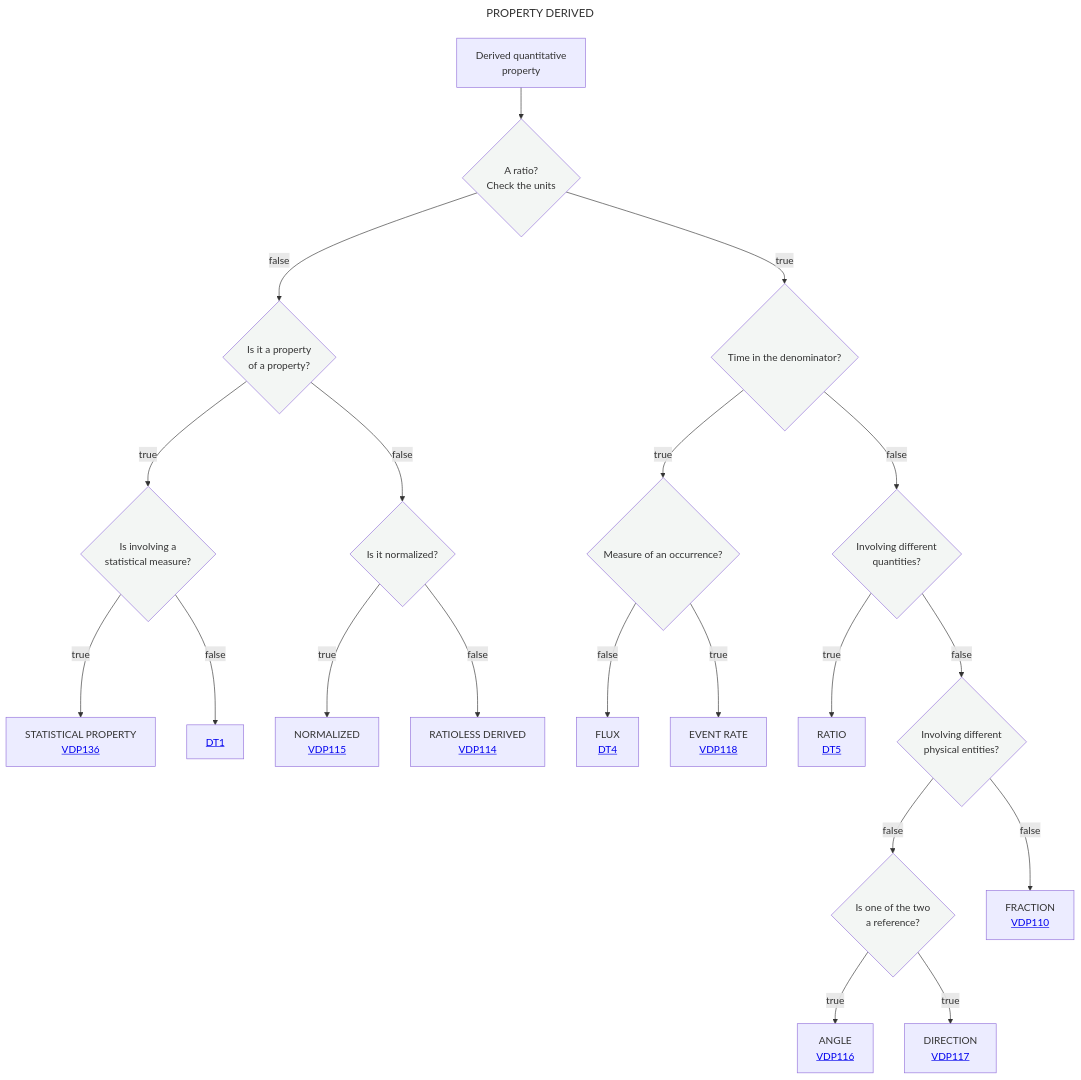
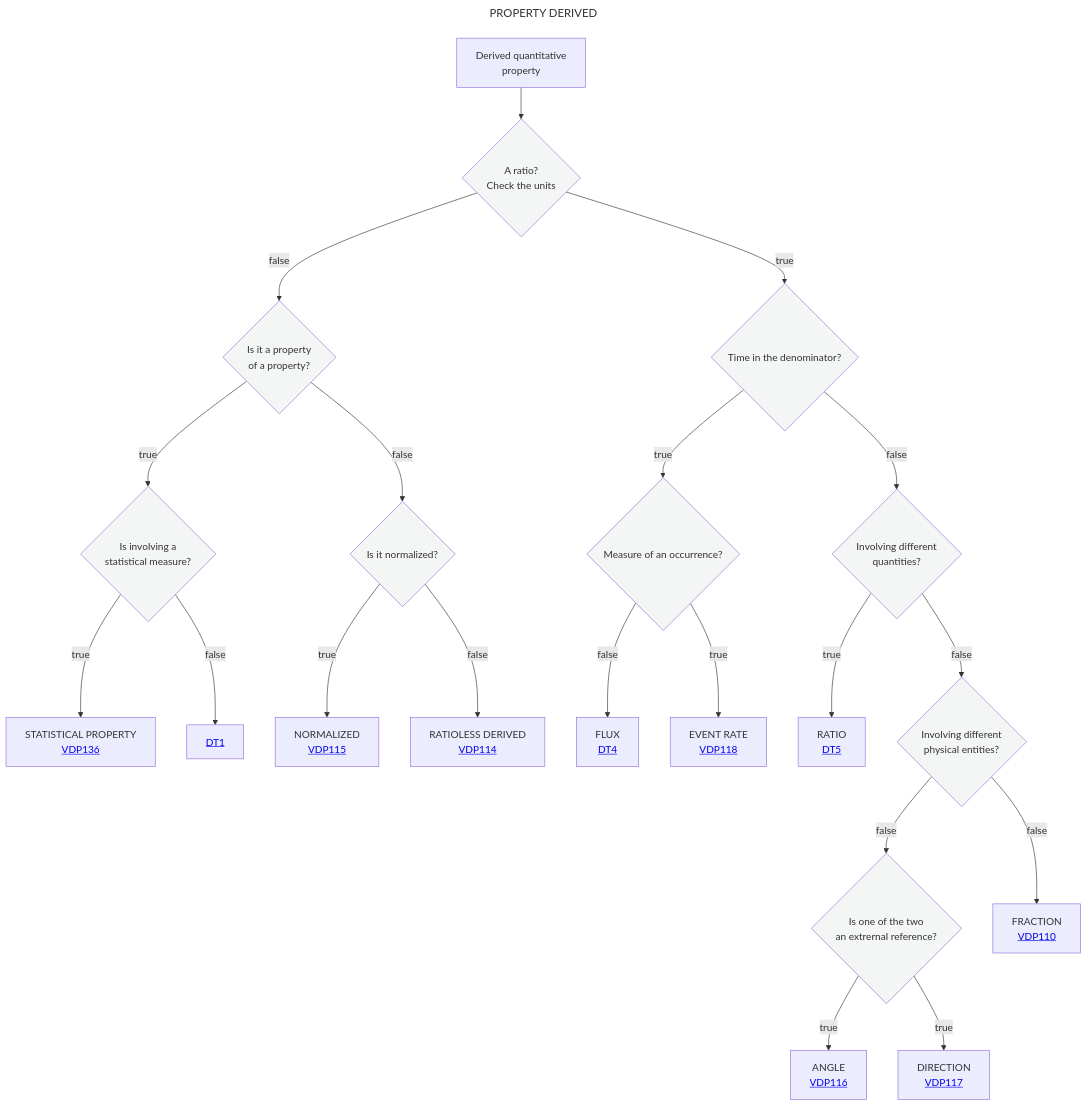
The diagram in Decisition_trees/DT3.mmd (mabablue/I-ADOPT-patterns-playground), drawn with Mermaid before and after one commit.

Commit message:
Update reference description in decision tree

```diff
--- a/Decisition_trees/DT3.mmd
+++ b/Decisition_trees/DT3.mmd
@@ -1,27 +1,27 @@
 ---
 title: PROPERTY DERIVED
 ---
 flowchart TD
     A[Derived quantitative <br> property] --> B{A ratio?<br>Check the units}:::white
     B --> |true|N{Time in the denominator?}:::white
     B --> |false|C{Is it a property <br> of a property?}:::white
     C --> |true|D{Is involving a <br> statistical measure?}:::white
     D --> |true|G[STATISTICAL PROPERTY <br> <a href='https://github.com/mabablue/I-ADOPT-patterns-playground/blob/main/pattern/VDP136.yaml'>VDP136</a>]
     D --> |false|F[<a href='https://github.com/mabablue/I-ADOPT-patterns-playground/blob/main/Decisition_trees/DT2.mmd'>DT1</a>]
     C --> |false|I{Is it normalized?}:::white
     I --> |true|T[NORMALIZED <br> <a href='https://github.com/mabablue/I-ADOPT-patterns-playground/blob/main/pattern/VDP115.yaml'>VDP115</a>]
     I --> |false|U[RATIOLESS DERIVED <br> <a href='https://github.com/mabablue/I-ADOPT-patterns-playground/blob/main/pattern/VDP114.yaml'>VDP114</a>]
     N --> |true|E{Measure of an occurrence?}:::white
     E --> |false|K[FLUX <br> <a href='https://github.com/mabablue/I-ADOPT-patterns-playground/blob/main/Decisition_trees/DT4.mmd'> DT4</a>]
     E --> |true|J[EVENT RATE <br> <a href='https://github.com/mabablue/I-ADOPT-patterns-playground/blob/main/pattern/VDP118.yaml'>VDP118</a>]
     N --> |false|O{Involving different <br> quantities?}:::white
     O --> |true|P[RATIO <br> <a href='https://github.com/mabablue/I-ADOPT-patterns-playground/blob/main/Decisition_trees/DT5.mmd'> DT5</a>]
     O --> |false|Q{Involving different <br> physical entities?}:::white
-    Q --> |false|R{Is one of the two <br> a reference?}:::white
+    Q --> |false|R{Is one of the two <br> an extrernal reference?}:::white
     R --> |true|L[ANGLE <br> <a href='https://github.com/mabablue/I-ADOPT-patterns-playground/blob/main/pattern/VDP116.yaml'>VDP116</a>]
     R --> |true|M[DIRECTION <br> <a href='https://github.com/mabablue/I-ADOPT-patterns-playground/blob/main/pattern/VDP117.yaml'>VDP117</a>]
     Q --> |false|S[FRACTION <br> <a href='https://github.com/mabablue/I-ADOPT-patterns-playground/blob/main/pattern/VDP110.yaml'>VDP110</a>]
    classDef blue fill:#90D5FF
    classDef satblue fill:#57B9FF 
    classDef white fill:#f3f6f4
    classDef green fill:#6aa84f
```
